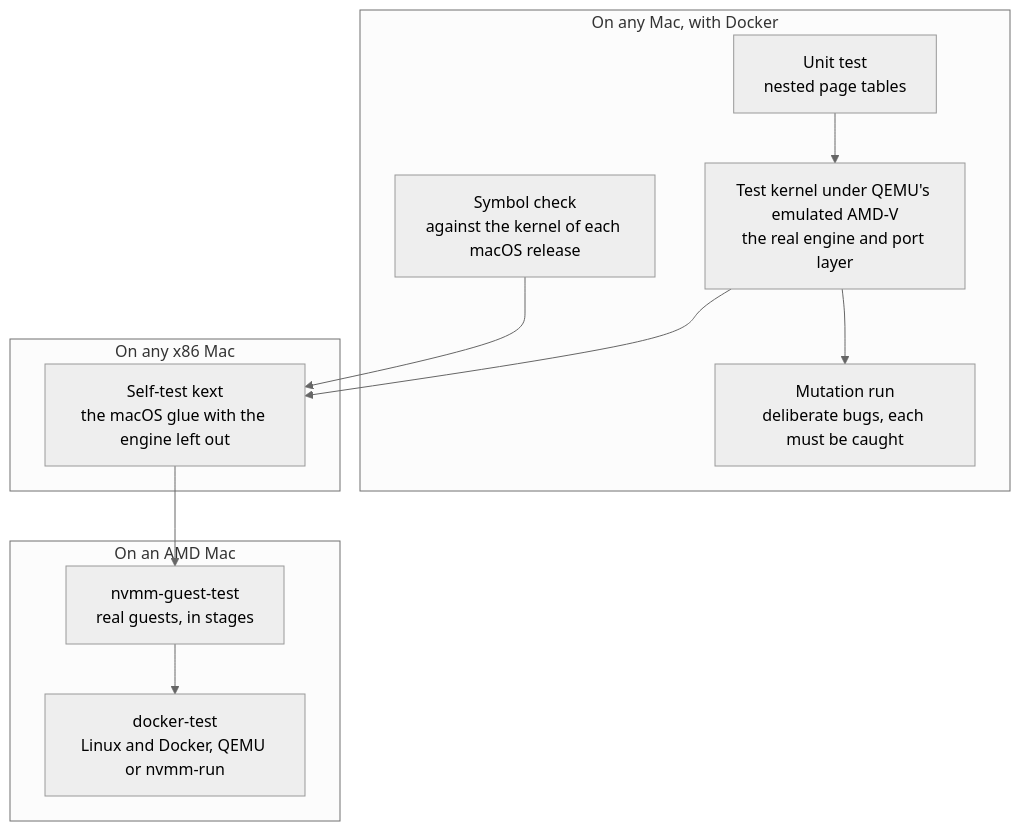
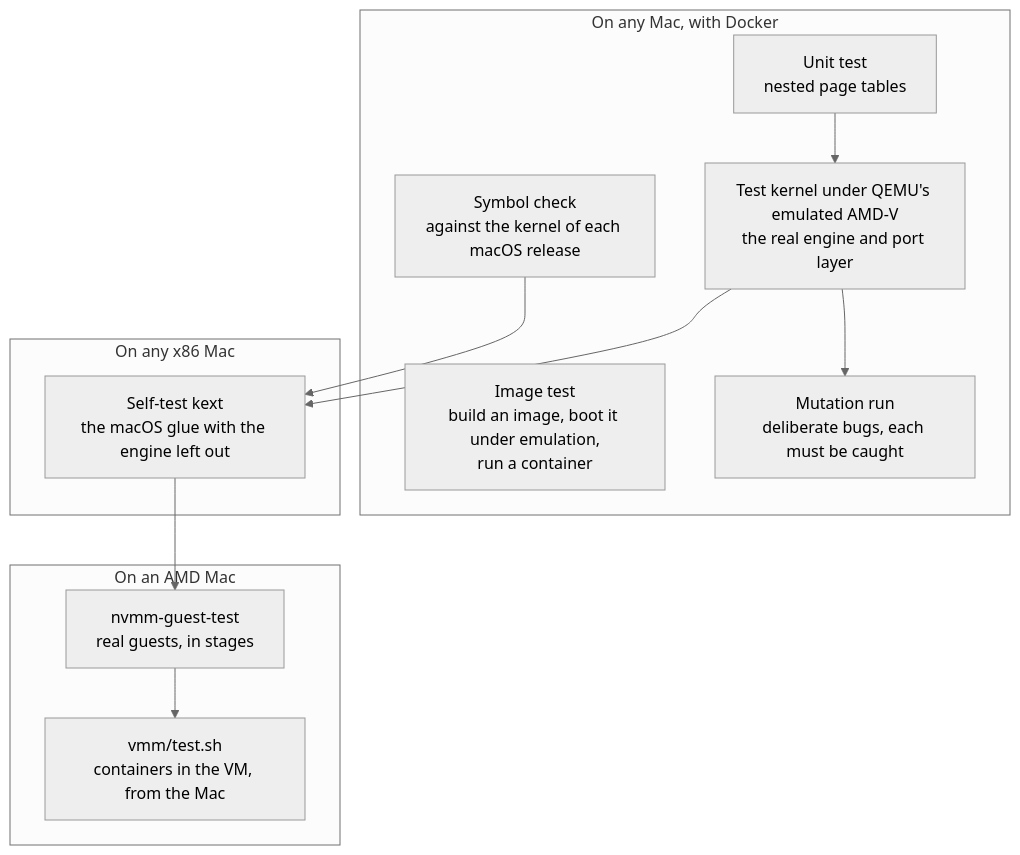
The fourth of 4 diagrams in README.md (milouk/graft), drawn with Mermaid (neutral theme) before and after one commit. The commit also changed other lines of this file and 11 other files, not shown here.

First line of the commit message:
Review fixes, a smaller containerd image, and an image test that needs no AMD CPU

````diff
--- a/README.md
+++ b/README.md
@@ -315,19 +315,20 @@
 ```mermaid
 flowchart TB
     subgraph any["On any Mac, with Docker"]
+        img["Image test<br/>build an image, boot it under emulation,<br/>run a container"]
         unit["Unit test<br/>nested page tables"]
         bare["Test kernel under QEMU's emulated AMD-V<br/>the real engine and port layer"]
         mut["Mutation run<br/>deliberate bugs, each must be caught"]
         kpi["Symbol check<br/>against the kernel of each macOS release"]
     end
     subgraph intel["On any x86 Mac"]
         self["Self-test kext<br/>the macOS glue with the engine left out"]
     end
     subgraph amd["On an AMD Mac"]
         gt["nvmm-guest-test<br/>real guests, in stages"]
-        dt["docker-test<br/>Linux and Docker, QEMU or nvmm-run"]
+        dt["vmm/test.sh<br/>containers in the VM, from the Mac"]
     end
     unit --> bare --> mut
     bare --> self --> gt --> dt
     kpi --> self
 ```
````
